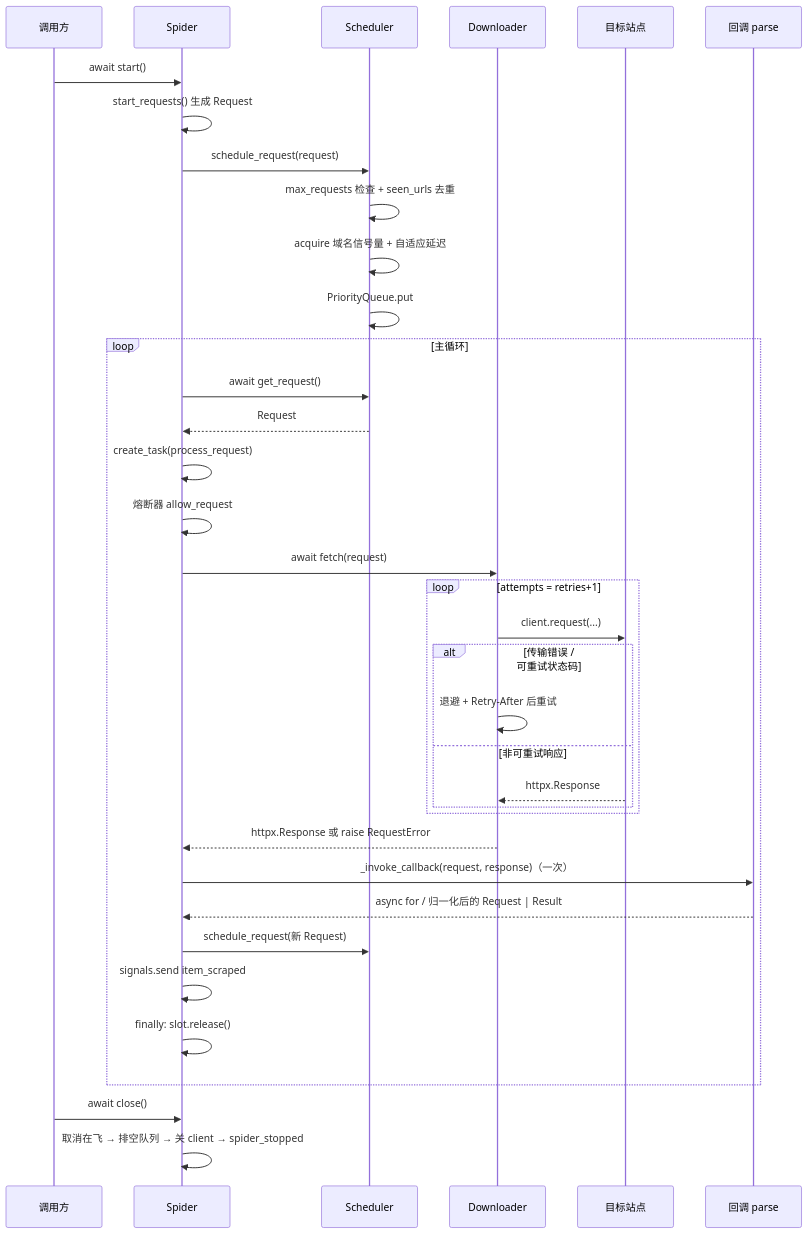
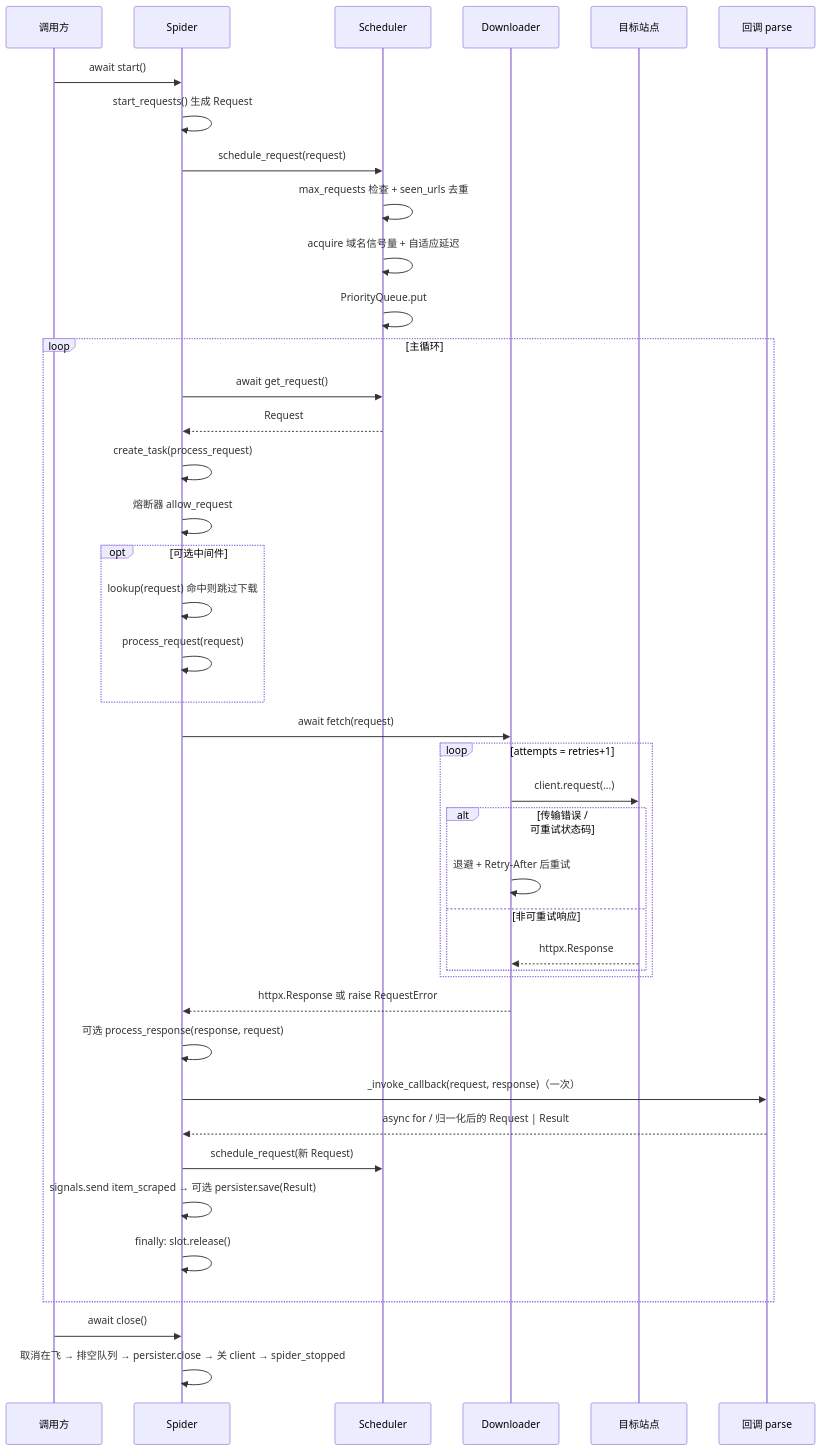
Before and after one commit to fengqimin/WebAnts: the second of 3 diagrams in docs/wiki/01-architecture.md, drawn with Mermaid. The commit also changed other lines of this file and 14 other files, not shown here.

````diff
--- a/docs/wiki/01-architecture.md
+++ b/docs/wiki/01-architecture.md
@@ -54,39 +55,44 @@
 ```mermaid
 sequenceDiagram
     participant U as 调用方
     participant SP as Spider
     participant SCH as Scheduler
     participant DL as Downloader
     participant NET as 目标站点
     participant CB as 回调 parse
 
     U->>SP: await start()
     SP->>SP: start_requests() 生成 Request
     SP->>SCH: schedule_request(request)
     SCH->>SCH: max_requests 检查 + seen_urls 去重
     SCH->>SCH: acquire 域名信号量 + 自适应延迟
     SCH->>SCH: PriorityQueue.put
     loop 主循环
         SP->>SCH: await get_request()
         SCH-->>SP: Request
         SP->>SP: create_task(process_request)
         SP->>SP: 熔断器 allow_request
+        opt 可选中间件
+            SP->>SP: lookup(request) 命中则跳过下载
+            SP->>SP: process_request(request)
+        end
         SP->>DL: await fetch(request)
         loop attempts = retries+1
             DL->>NET: client.request(...)
             alt 传输错误 / 可重试状态码
                 DL->>DL: 退避 + Retry-After 后重试
             else 非可重试响应
                 NET-->>DL: httpx.Response
             end
         end
         DL-->>SP: httpx.Response 或 raise RequestError
+        SP->>SP: 可选 process_response(response, request)
         SP->>CB: _invoke_callback(request, response)（一次）
         CB-->>SP: async for / 归一化后的 Request | Result
         SP->>SCH: schedule_request(新 Request)
-        SP->>SP: signals.send item_scraped
+        SP->>SP: signals.send item_scraped → 可选 persister.save(Result)
         SP->>SP: finally: slot.release()
     end
     U->>SP: await close()
-    SP->>SP: 取消在飞 → 排空队列 → 关 client → spider_stopped
+    SP->>SP: 取消在飞 → 排空队列 → persister.close → 关 client → spider_stopped
 ```
````
